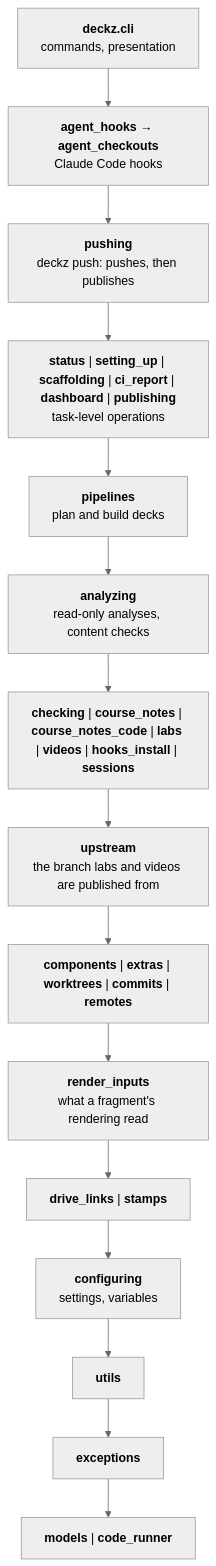
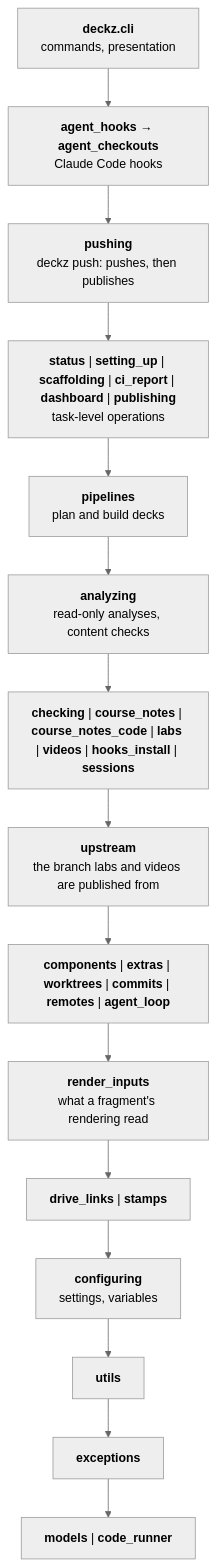
One commit to shuuchuu/deckz changed the second of 2 diagrams in docs/architecture/index.md. Above: the diagram before and after it, drawn with Mermaid (neutral theme). The commit also changed other lines of this file and 8 other files, not shown here.

````diff
--- a/docs/architecture/index.md
+++ b/docs/architecture/index.md
@@ -60,19 +60,19 @@
 ```mermaid
 flowchart TB
     cli["<b>deckz.cli</b><br/>commands, presentation"]
     agent["<b>agent_hooks</b> → <b>agent_checkouts</b><br/>Claude Code hooks"]
     pushing["<b>pushing</b><br/>deckz push: pushes, then publishes"]
     tasks["<b>status</b> | <b>setting_up</b> | <b>scaffolding</b> | <b>ci_report</b> | <b>dashboard</b> | <b>publishing</b><br/>task-level operations"]
     pipelines["<b>pipelines</b><br/>plan and build decks"]
     analyzing["<b>analyzing</b><br/>read-only analyses, content checks"]
     mid["<b>checking</b> | <b>course_notes</b> | <b>course_notes_code</b> | <b>labs</b> | <b>videos</b> | <b>hooks_install</b> | <b>sessions</b>"]
     upstream["<b>upstream</b><br/>the branch labs and videos are published from"]
-    components["<b>components</b> | <b>extras</b> | <b>worktrees</b> | <b>commits</b> | <b>remotes</b>"]
+    components["<b>components</b> | <b>extras</b> | <b>worktrees</b> | <b>commits</b> | <b>remotes</b> | <b>agent_loop</b>"]
     inputs["<b>render_inputs</b><br/>what a fragment's rendering read"]
     low["<b>drive_links</b> | <b>stamps</b>"]
     configuring["<b>configuring</b><br/>settings, variables"]
     utils["<b>utils</b>"]
     exceptions["<b>exceptions</b>"]
     models["<b>models</b> | <b>code_runner</b>"]
     cli --> agent --> pushing --> tasks --> pipelines --> analyzing --> mid --> upstream --> components --> inputs --> low --> configuring --> utils --> exceptions --> models
 ```
````
